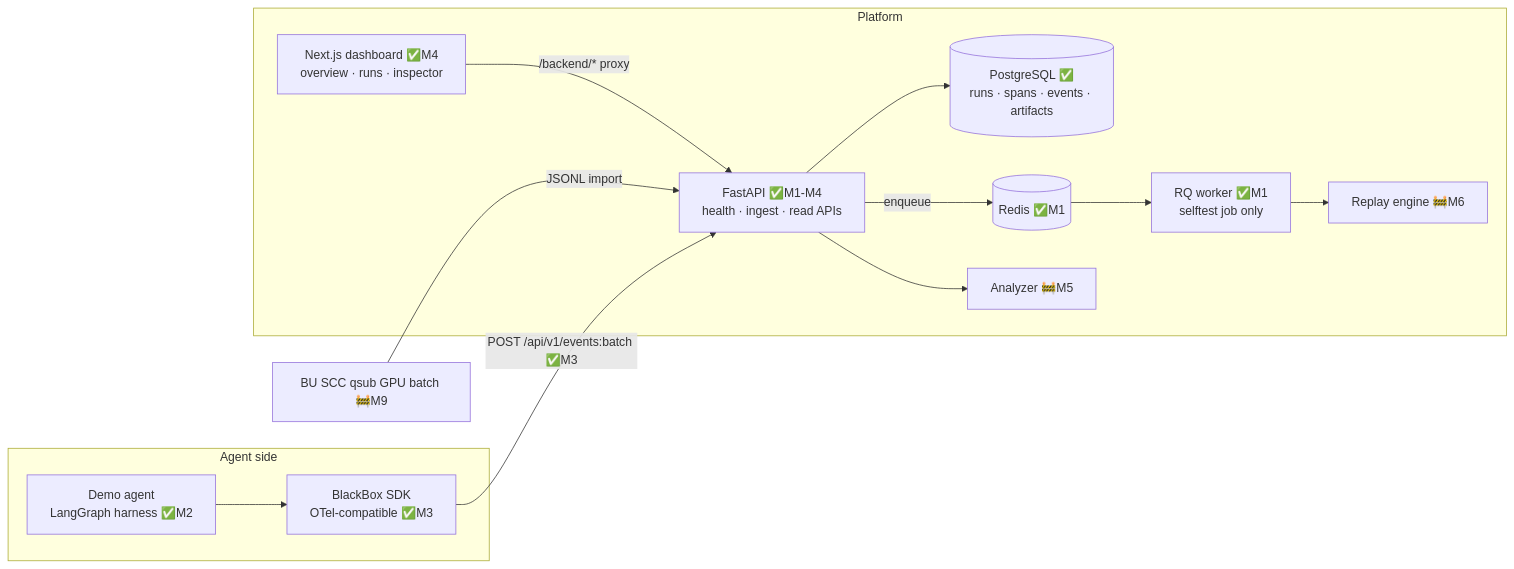
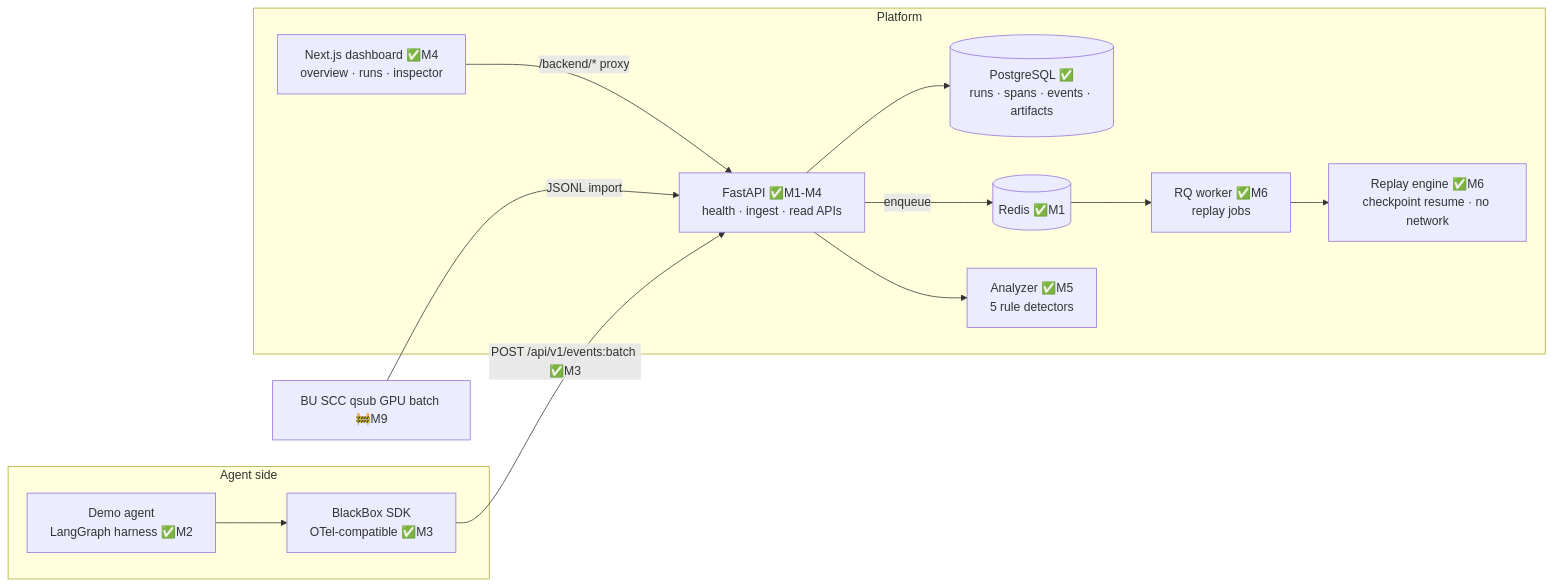
Before and after one commit to Kaushik2AI/agent-blackbox: the first of 3 diagrams in docs/architecture.md, drawn with Mermaid. The commit also changed other lines of this file and 57 other files, not shown here.

Commit message:
M5-M7: detectors, sandboxed replay, Replay Studio + comparison

````diff
--- a/docs/architecture.md
+++ b/docs/architecture.md
@@ -7,16 +7,16 @@
 ```mermaid
 flowchart LR
   subgraph Agent side
     H[Demo agent<br/>LangGraph harness ✅M2] --> SDK[BlackBox SDK<br/>OTel-compatible ✅M3]
   end
   subgraph Platform
     W[Next.js dashboard ✅M4<br/>overview · runs · inspector] -- "/backend/* proxy" --> API[FastAPI ✅M1-M4<br/>health · ingest · read APIs]
     SDK -- "POST /api/v1/events:batch ✅M3" --> API
     API --> PG[(PostgreSQL ✅<br/>runs · spans · events · artifacts)]
     API -- enqueue --> R[(Redis ✅M1)]
-    R --> WK[RQ worker ✅M1<br/>selftest job only]
-    WK --> RE[Replay engine 🚧M6]
-    API --> AN[Analyzer 🚧M5]
+    R --> WK[RQ worker ✅M6<br/>replay jobs]
+    WK --> RE[Replay engine ✅M6<br/>checkpoint resume · no network]
+    API --> AN[Analyzer ✅M5<br/>5 rule detectors]
   end
   SCC[BU SCC qsub GPU batch 🚧M9] -- JSONL import --> API
 ```
````
